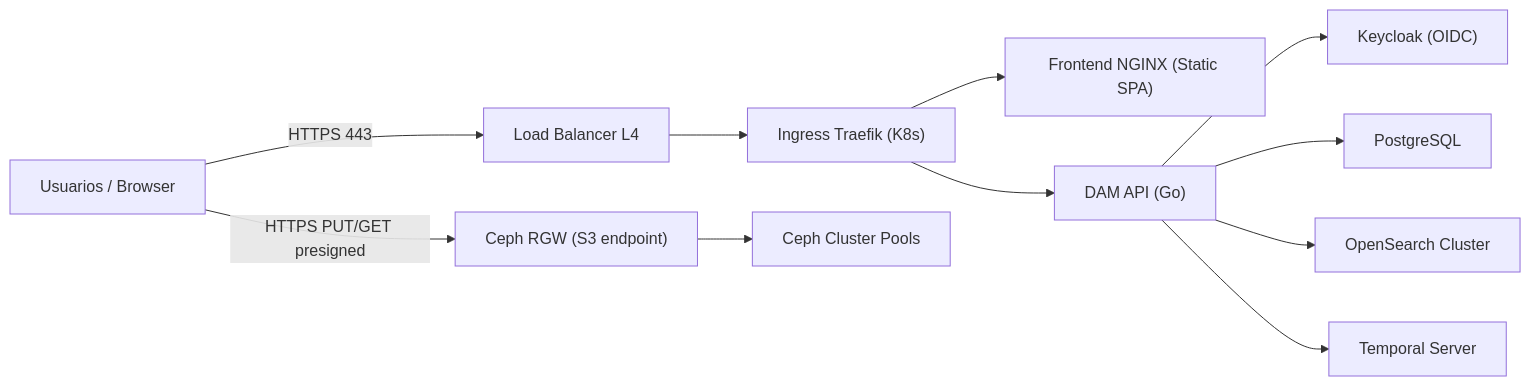
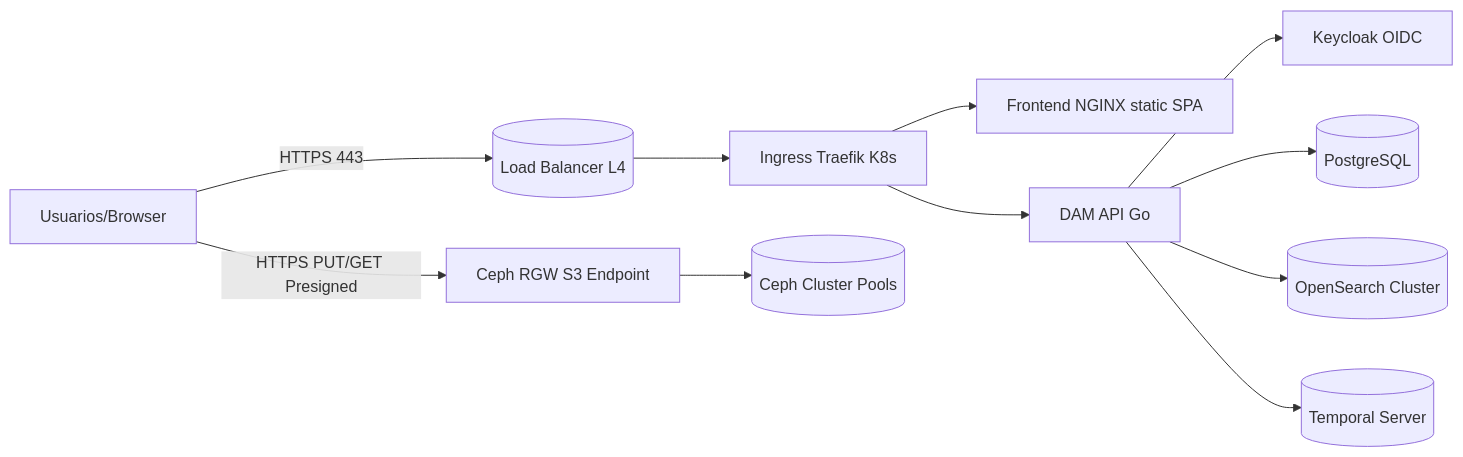
One commit to pi-na/tpe-inge2 changed the second of 2 diagrams in docs/07-frontend-api.md. Above: the diagram before and after it, drawn with Mermaid. The commit also changed other lines of this file and 1 other file, not shown here.

````diff
--- a/docs/07-frontend-api.md
+++ b/docs/07-frontend-api.md
@@ -186,13 +193,13 @@
 ```mermaid
-flowchart LR
-  U["Usuarios / Browser"] -->|HTTPS 443| LB["Load Balancer L4"]
-  LB --> IG["Ingress Traefik (K8s)"]
-  IG --> FE["Frontend NGINX (Static SPA)"]
-  IG --> API["DAM API (Go)"]
-  API --> KC["Keycloak (OIDC)"]
-  API --> DB["PostgreSQL"]
-  API --> OS["OpenSearch Cluster"]
-  API --> T["Temporal Server"]
-  U -->|HTTPS PUT/GET presigned| RGW["Ceph RGW (S3 endpoint)"]
-  RGW --> CEPH["Ceph Cluster Pools"]
+graph LR
+  U[Usuarios/Browser] -->|HTTPS 443| LB[(Load Balancer L4)]
+  LB --> IG["Ingress Traefik K8s"]
+  IG --> FE["Frontend NGINX static SPA"]
+  IG --> API["DAM API Go"]
+  API --> KC["Keycloak OIDC"]
+  API --> DB[(PostgreSQL)]
+  API --> OS[(OpenSearch Cluster)]
+  API --> T[(Temporal Server)]
+  U -->|"HTTPS PUT/GET Presigned"| RGW["Ceph RGW S3 Endpoint"]
+  RGW --> CEPH[(Ceph Cluster Pools)]
 ```
````
